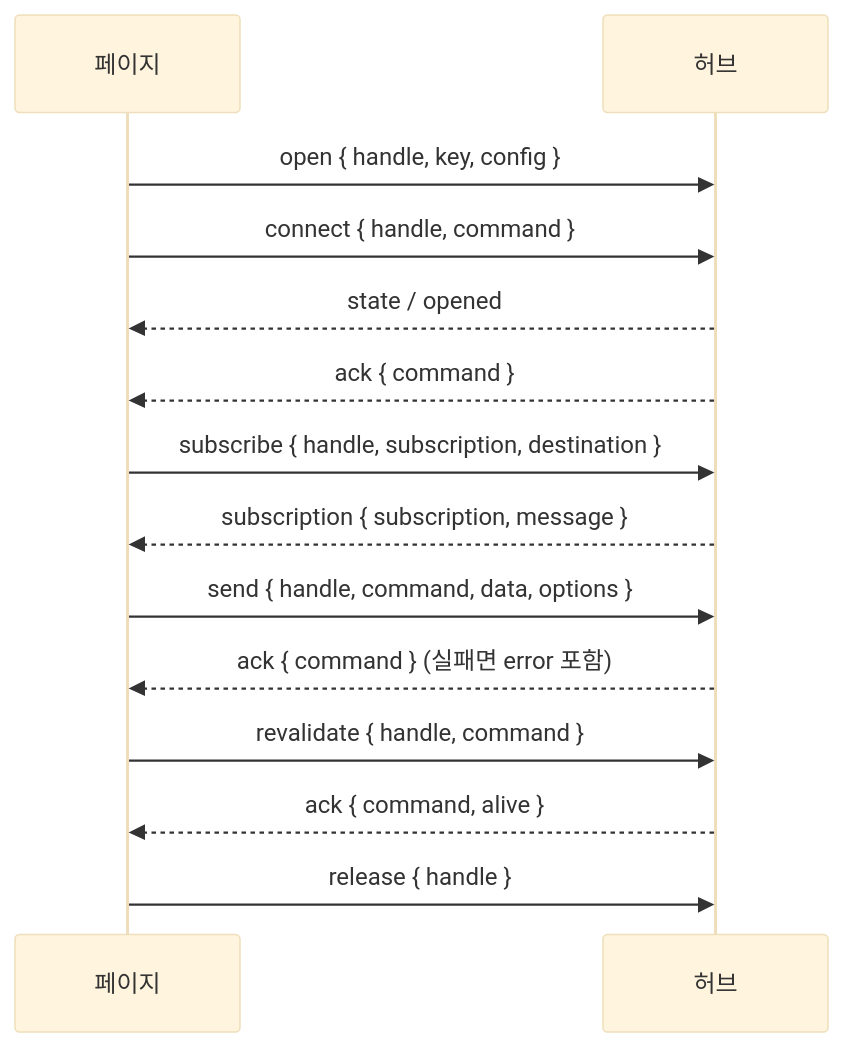
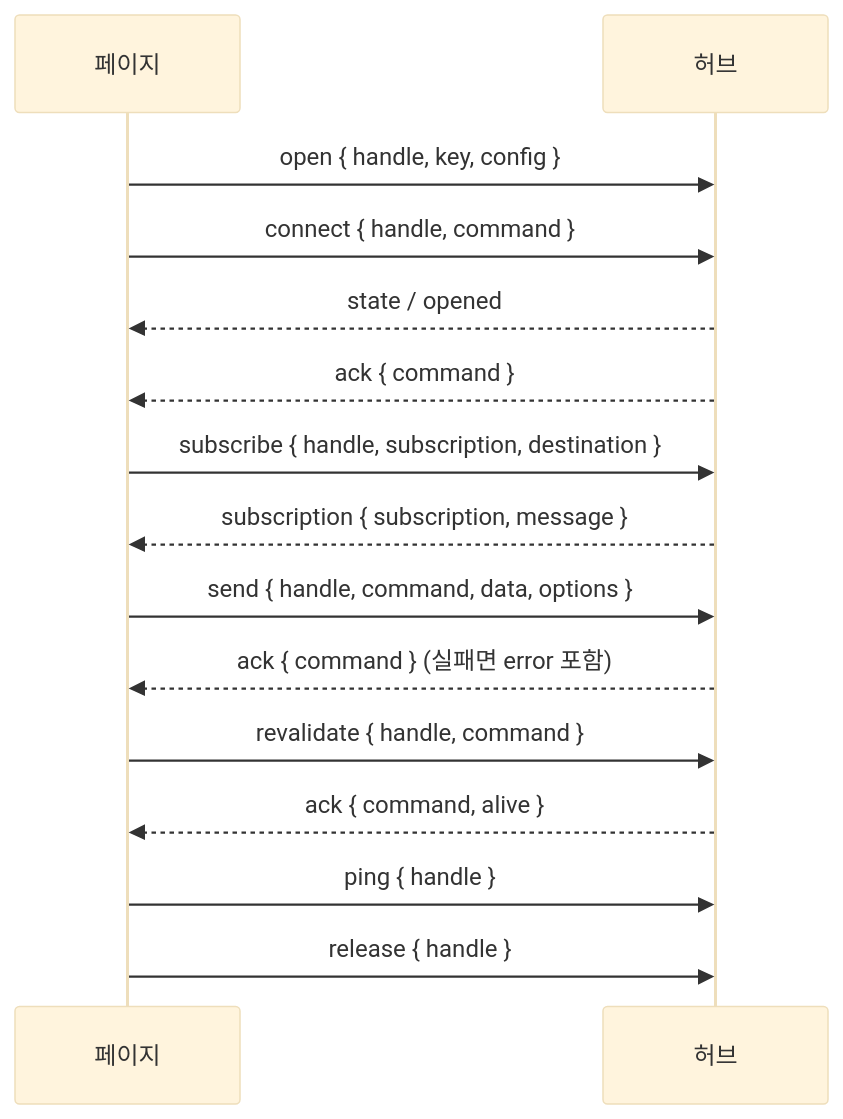
One commit to 4sizn/ws-pack changed the fourth of 6 diagrams in docs/worker.md. Above: the diagram before and after it, drawn with Mermaid (base theme). The commit also changed other lines of this file and 15 other files, not shown here.

````diff
--- a/docs/worker.md
+++ b/docs/worker.md
@@ -101,17 +101,18 @@
 ```mermaid
 sequenceDiagram
   participant P as 페이지
   participant H as 허브
 
   P->>H: open { handle, key, config }
   P->>H: connect { handle, command }
   H-->>P: state / opened
   H-->>P: ack { command }
   P->>H: subscribe { handle, subscription, destination }
   H-->>P: subscription { subscription, message }
   P->>H: send { handle, command, data, options }
   H-->>P: ack { command } (실패면 error 포함)
   P->>H: revalidate { handle, command }
   H-->>P: ack { command, alive }
+  P->>H: ping { handle }
   P->>H: release { handle }
 ```
````
